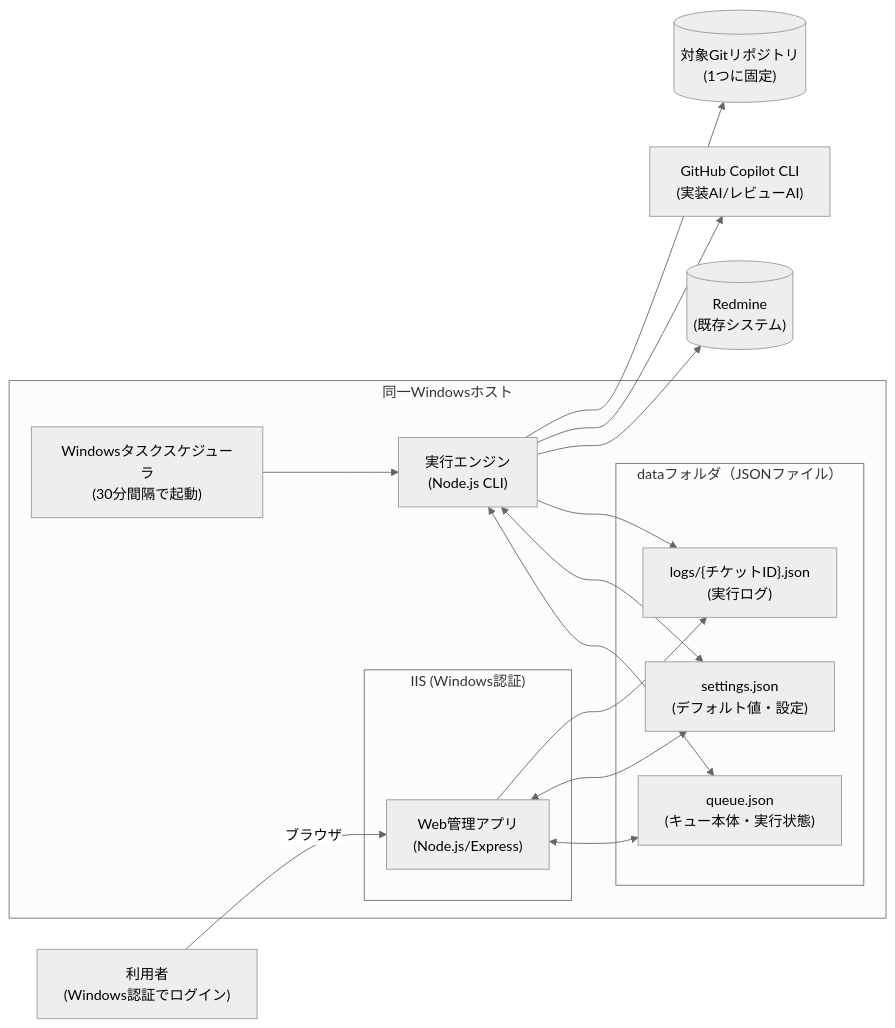
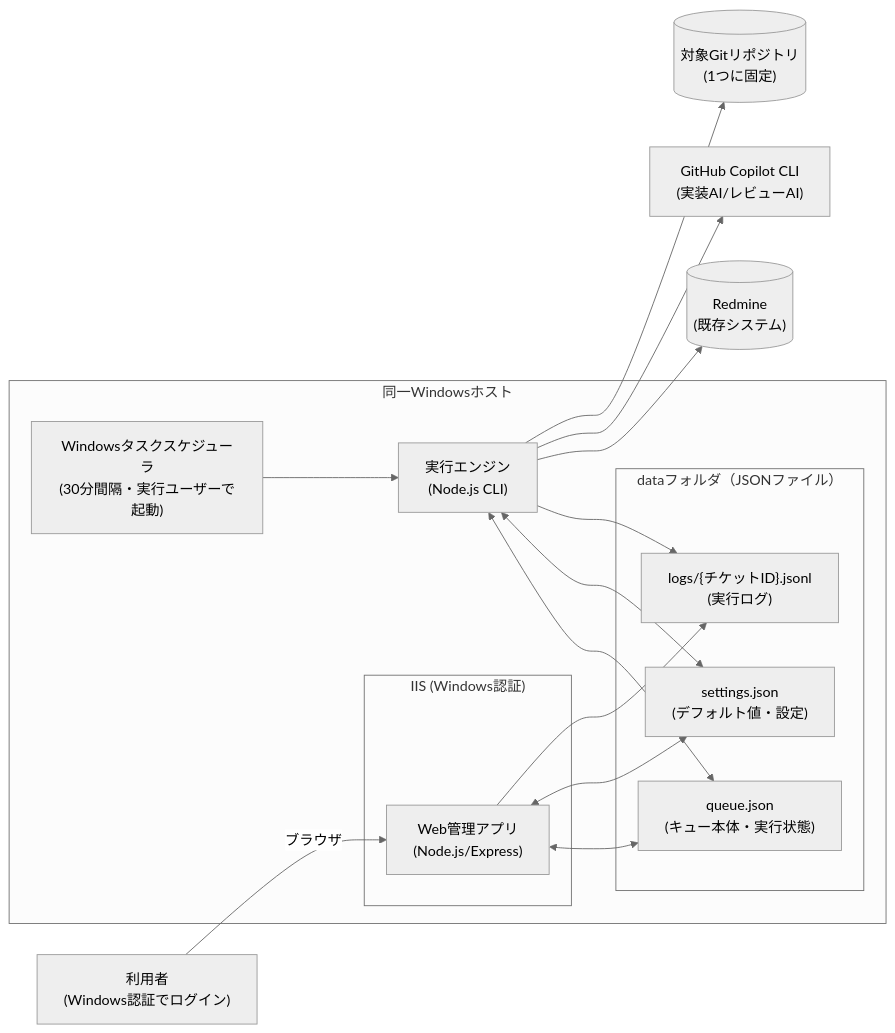
Before and after one commit to theta1211/Lychee-redmine-loop-engineering-: the diagram in docs/design/architecture.md, drawn with Mermaid (neutral theme). The commit also changed other lines of this file and 5 other files, not shown here.

````diff
--- a/docs/design/architecture.md
+++ b/docs/design/architecture.md
@@ -4,30 +4,30 @@
 ```mermaid
 flowchart LR
-    User["利用者\n(Windows認証でログイン)"] -->|ブラウザ| WebApp
+    User["利用者<br/>(Windows認証でログイン)"] -->|ブラウザ| WebApp
 
     subgraph Host["同一Windowsホスト"]
         subgraph IIS["IIS (Windows認証)"]
-            WebApp["Web管理アプリ\n(Node.js/Express)"]
+            WebApp["Web管理アプリ<br/>(Node.js/Express)"]
         end
 
         subgraph Data["dataフォルダ（JSONファイル）"]
-            Queue["queue.json\n(キュー本体・実行状態)"]
-            Settings["settings.json\n(デフォルト値・設定)"]
-            Logs["logs/{チケットID}.json\n(実行ログ)"]
+            Queue["queue.json<br/>(キュー本体・実行状態)"]
+            Settings["settings.json<br/>(デフォルト値・設定)"]
+            Logs["logs/{チケットID}.jsonl<br/>(実行ログ)"]
         end
 
-        Scheduler["Windowsタスクスケジューラ\n(30分間隔で起動)"] --> Engine
-        Engine["実行エンジン\n(Node.js CLI)"]
+        Scheduler["Windowsタスクスケジューラ<br/>(30分間隔・実行ユーザーで起動)"] --> Engine
+        Engine["実行エンジン<br/>(Node.js CLI)"]
 
         WebApp <--> Queue
         WebApp <--> Settings
         WebApp --> Logs
         Engine <--> Queue
         Engine <--> Settings
         Engine --> Logs
     end
 
-    Engine --> Redmine[("Redmine\n(既存システム)")]
-    Engine --> Copilot["GitHub Copilot CLI\n(実装AI/レビューAI)"]
-    Engine --> Git[("対象Gitリポジトリ\n(1つに固定)")]
+    Engine --> Redmine[("Redmine<br/>(既存システム)")]
+    Engine --> Copilot["GitHub Copilot CLI<br/>(実装AI/レビューAI)"]
+    Engine --> Git[("対象Gitリポジトリ<br/>(1つに固定)")]
 ```
````
